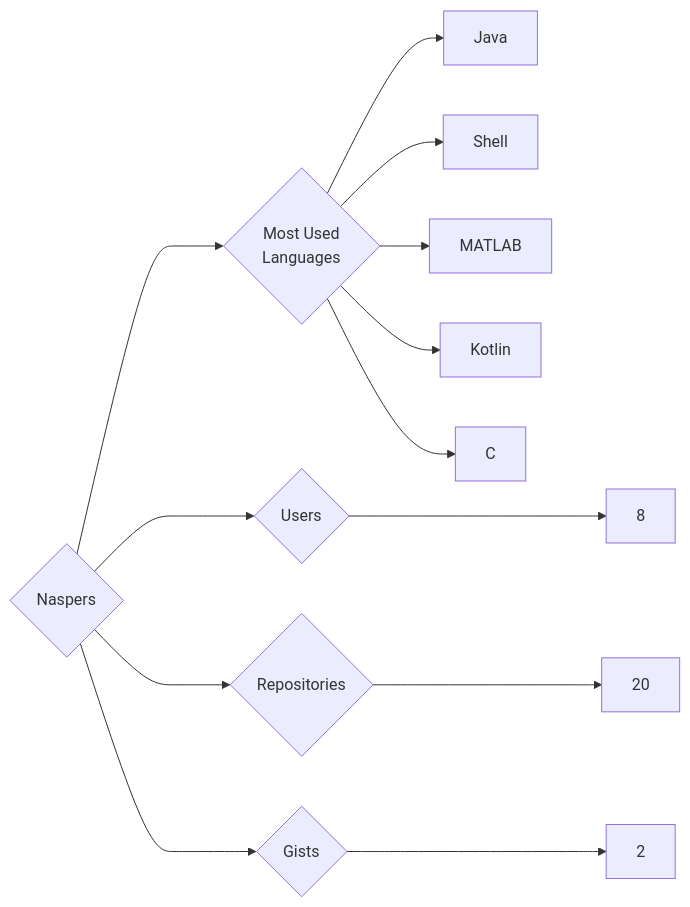
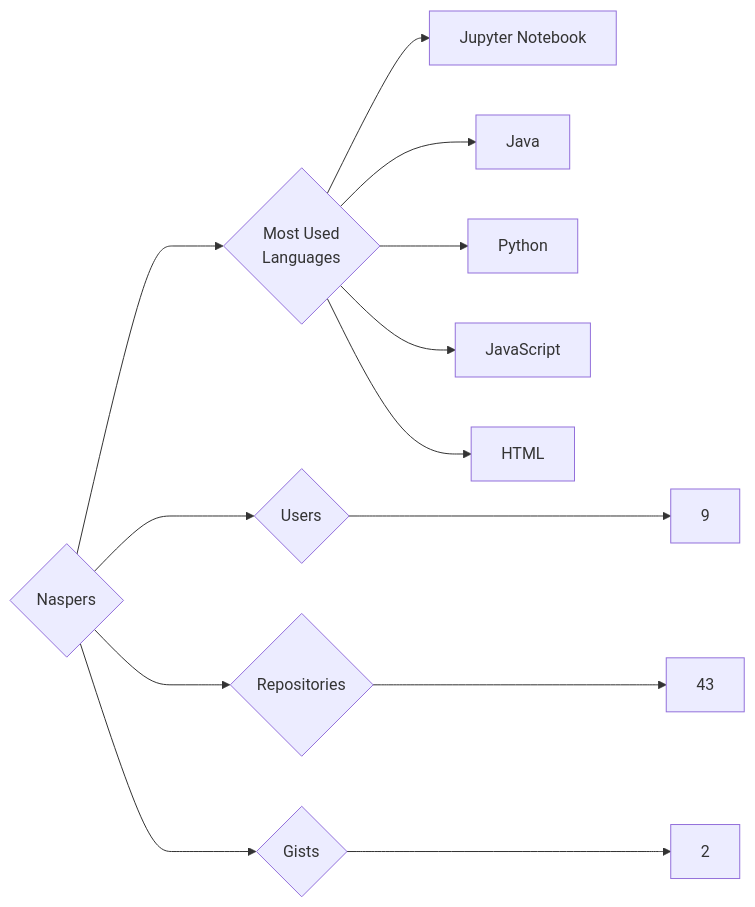
The diagram in targets/Naspers/README.md (trickest/insiders), drawn with Mermaid before and after one commit. The commit also changed 677 other files, not shown here.

````diff
--- a/targets/Naspers/README.md
+++ b/targets/Naspers/README.md
@@ -3,13 +3,13 @@
 ```mermaid
 graph LR
 COMPANY_NAME{Naspers}
-COMPANY_NAME ---> U{Users} ---> UN[8]
-COMPANY_NAME ---> R{Repositories} ---> RN[20]
+COMPANY_NAME ---> U{Users} ---> UN[9]
+COMPANY_NAME ---> R{Repositories} ---> RN[43]
 COMPANY_NAME ---> G{Gists} ---> GN[2]
 COMPANY_NAME ---> ML{Most Used<br>Languages}
+ML --> Jupyter_Notebook[Jupyter Notebook]
 ML --> Java[Java]
-ML --> Shell[Shell]
-ML --> MATLAB[MATLAB]
-ML --> Kotlin[Kotlin]
-ML --> C[C]
+ML --> Python[Python]
+ML --> JavaScript[JavaScript]
+ML --> HTML[HTML]
 ```
````
